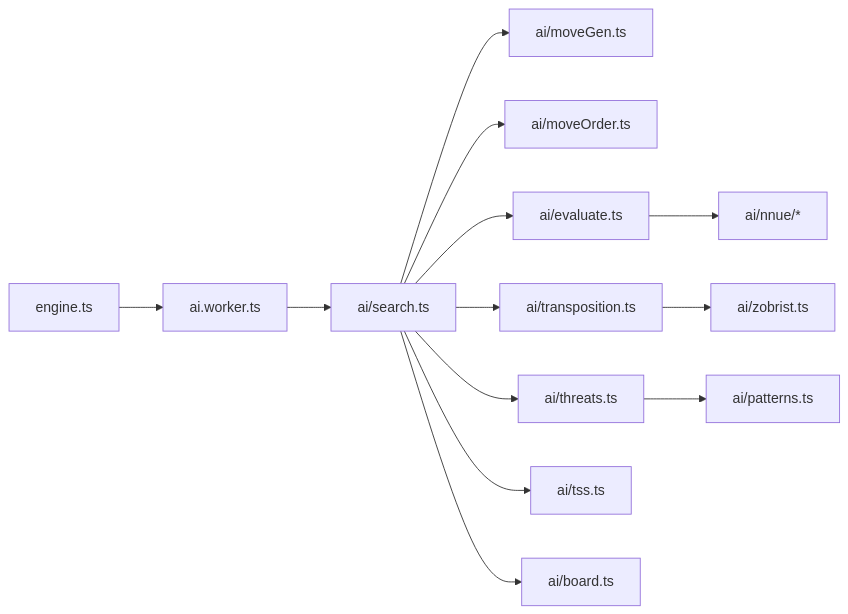
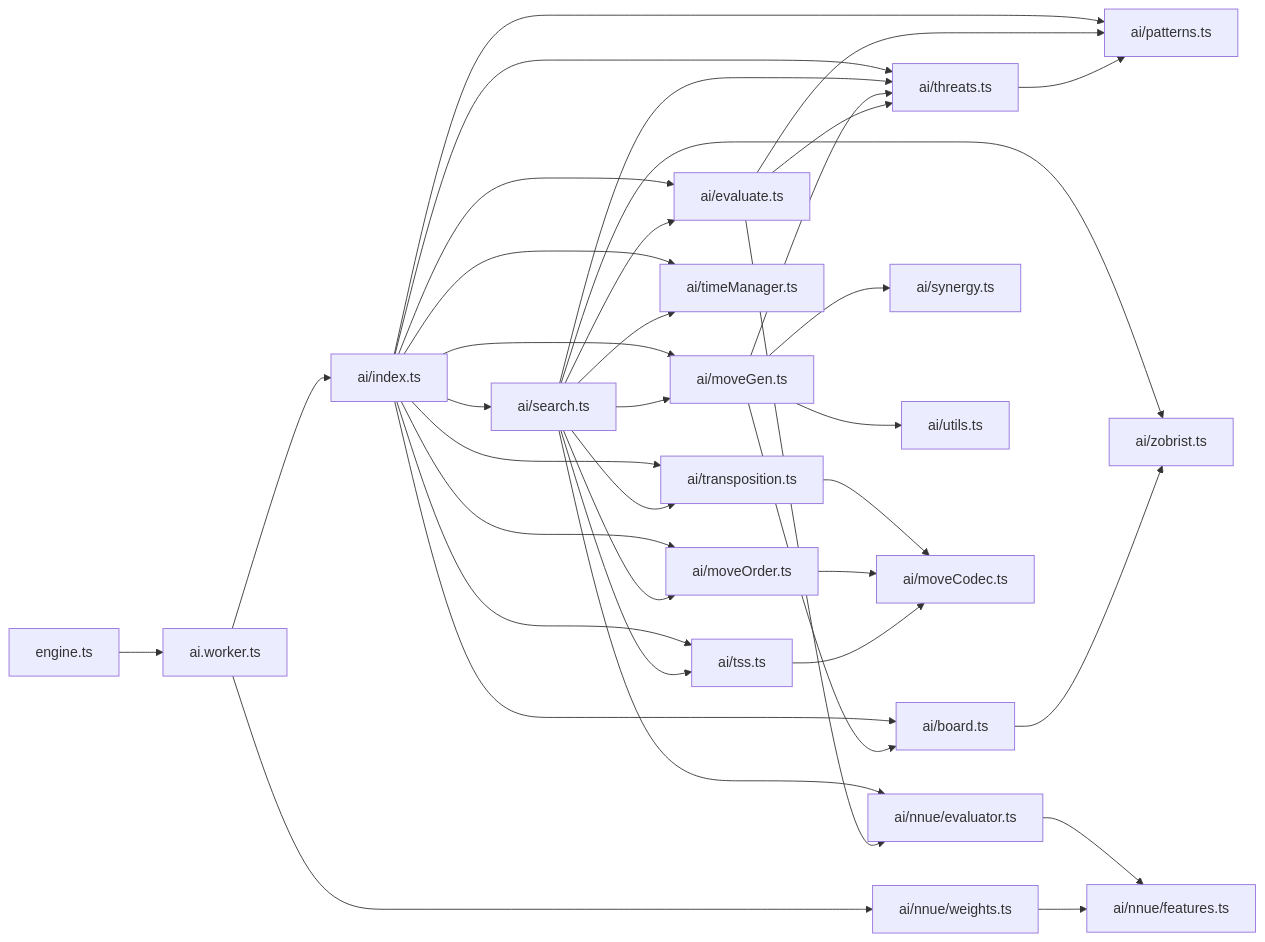
One commit to qb20nh/grr changed diagram 12 of 12 in docs/ai_movement_strategy.md. Above: the diagram before and after it, drawn with Mermaid. The commit also changed other lines of this file and 27 other files, not shown here.

````diff
--- a/docs/ai_movement_strategy.md
+++ b/docs/ai_movement_strategy.md
@@ -225,15 +314,47 @@
 ```mermaid
 flowchart LR
   Engine["engine.ts"] --> Worker["ai.worker.ts"]
-  Worker --> Search["ai/search.ts"]
-  Search --> MoveGen["ai/moveGen.ts"]
-  Search --> MoveOrder["ai/moveOrder.ts"]
-  Search --> Eval["ai/evaluate.ts"]
-  Search --> TT["ai/transposition.ts"]
-  TT --> Zobrist["ai/zobrist.ts"]
-  Search --> Threats["ai/threats.ts"]
-  Threats --> Patterns["ai/patterns.ts"]
-  Search --> TSS["ai/tss.ts"]
-  Eval --> NNUE["ai/nnue/*"]
-  Search --> Board["ai/board.ts"]
+
+  Worker --> AIIndex["ai/index.ts"]
+  Worker --> NnueWeights["ai/nnue/weights.ts"]
+
+  AIIndex --> Search["ai/search.ts"]
+  AIIndex --> MoveGen["ai/moveGen.ts"]
+  AIIndex --> MoveOrder["ai/moveOrder.ts"]
+  AIIndex --> Eval["ai/evaluate.ts"]
+  AIIndex --> Threats["ai/threats.ts"]
+  AIIndex --> Patterns["ai/patterns.ts"]
+  AIIndex --> Board["ai/board.ts"]
+  AIIndex --> TT["ai/transposition.ts"]
+  AIIndex --> TSS["ai/tss.ts"]
+  AIIndex --> TimeManager["ai/timeManager.ts"]
+
+  Search --> MoveGen
+  Search --> MoveOrder
+  Search --> Eval
+  Search --> Threats
+  Search --> TT
+  Search --> TSS
+  Search --> TimeManager
+  Search --> Zobrist["ai/zobrist.ts"]
+  Search --> NnueEvaluator["ai/nnue/evaluator.ts"]
+
+  MoveGen --> Synergy["ai/synergy.ts"]
+  MoveGen --> Threats
+  MoveGen --> Board
+  MoveGen --> Utils["ai/utils.ts"]
+
+  Eval --> Patterns
+  Eval --> Threats
+  Eval --> NnueEvaluator
+
+  Threats --> Patterns
+  Board --> Zobrist
+
+  TT --> MoveCodec["ai/moveCodec.ts"]
+  MoveOrder --> MoveCodec
+  TSS --> MoveCodec
+
+  NnueEvaluator --> NnueFeatures["ai/nnue/features.ts"]
+  NnueWeights --> NnueFeatures
 ```
````
